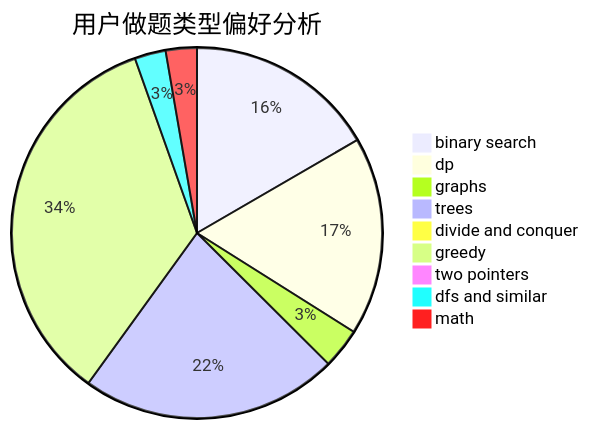
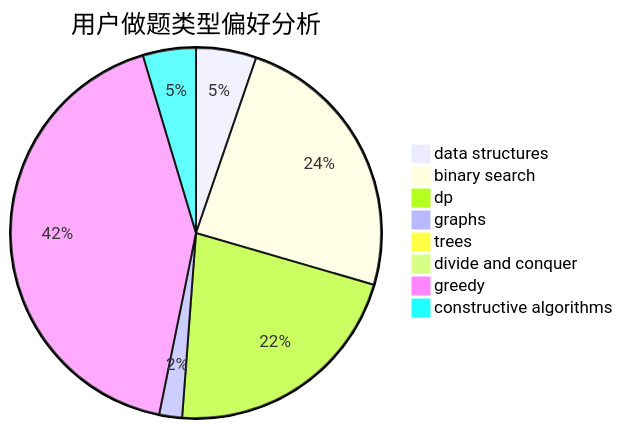
The second of 3 diagrams in docs/user/u1974.md (sherpahu/cfrs.github.io), drawn with Mermaid before and after one commit. The commit also changed other lines of this file and 2775 other files, not shown here.

````diff
--- a/docs/user/u1974.md
+++ b/docs/user/u1974.md
@@ -23,12 +23,11 @@
 ```mermaid
 pie title 用户做题类型偏好分析
-    "binary search" :  312
-    "dp" :  325
-    "graphs" :  66
-    "trees" :  422
+    "data structures" :  66
+    "binary search" :  304
+    "dp" :  272
+    "graphs" :  25
+    "trees" :  9
     "divide and conquer" :  0
-    "greedy" :  649
-    "two pointers" :  15
-    "dfs and similar" :  51
-    "math" :  51
+    "greedy" :  529
+    "constructive algorithms" :  58
 ```
````
